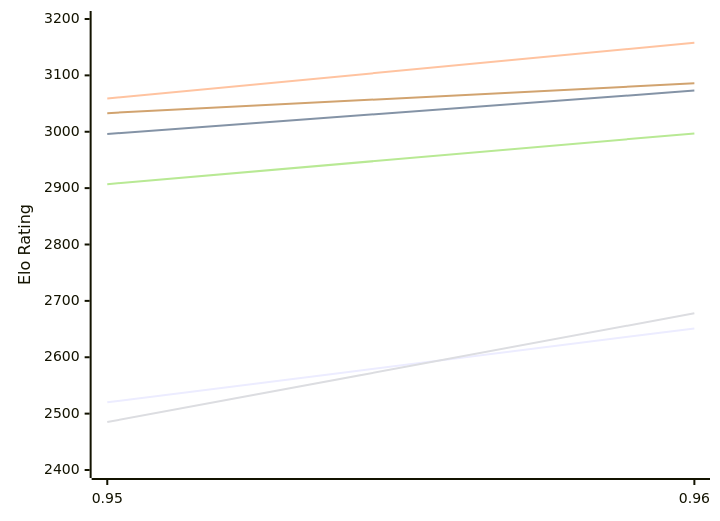
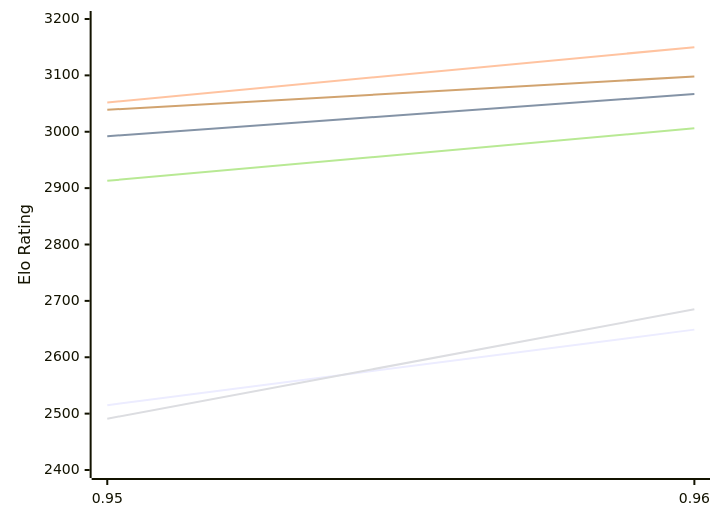
Before and after one commit to computer-chess-index/cci: the first of 2 diagrams in engines/Myrddin.md, drawn with Mermaid. The commit also changed other lines of this file, not shown here.

Commit message:
Update CCI Ratings (ELO VLTC) - 2026-11-18

````diff
--- a/engines/Myrddin.md
+++ b/engines/Myrddin.md
@@ -51,12 +51,12 @@
 ```mermaid
 %%{init: {"theme":"base","themeVariables":{"seriesColors:['#a3a3a3','#222221','#faa371']}}}%%
 xychart-beta
   x-axis ["0.95", "0.96"]
   y-axis "Elo Rating" 2400 --> 3200
-  line "E1: STC (8.0+0.08s)" [2520, 2651]
-  line "E1: LTC (60.0+0.60s)" [2996, 3073]
-  line "E1: VLTC (2m24s+1.12s)" [3059, 3158]
-  line "P1: STC (8.0+0.08s)" [2485, 2678]
-  line "P1: LTC (60.0+0.60s)" [2907, 2997]
-  line "P1: VLTC (2m24s+1.12s)" [3033, 3086]
+  line "E1: STC (8.0+0.08s)" [2515, 2649]
+  line "E1: LTC (60.0+0.60s)" [2992, 3067]
+  line "E1: VLTC (2m24s+1.12s)" [3052, 3150]
+  line "P1: STC (8.0+0.08s)" [2491, 2685]
+  line "P1: LTC (60.0+0.60s)" [2913, 3006]
+  line "P1: VLTC (2m24s+1.12s)" [3039, 3098]
 ```
````
